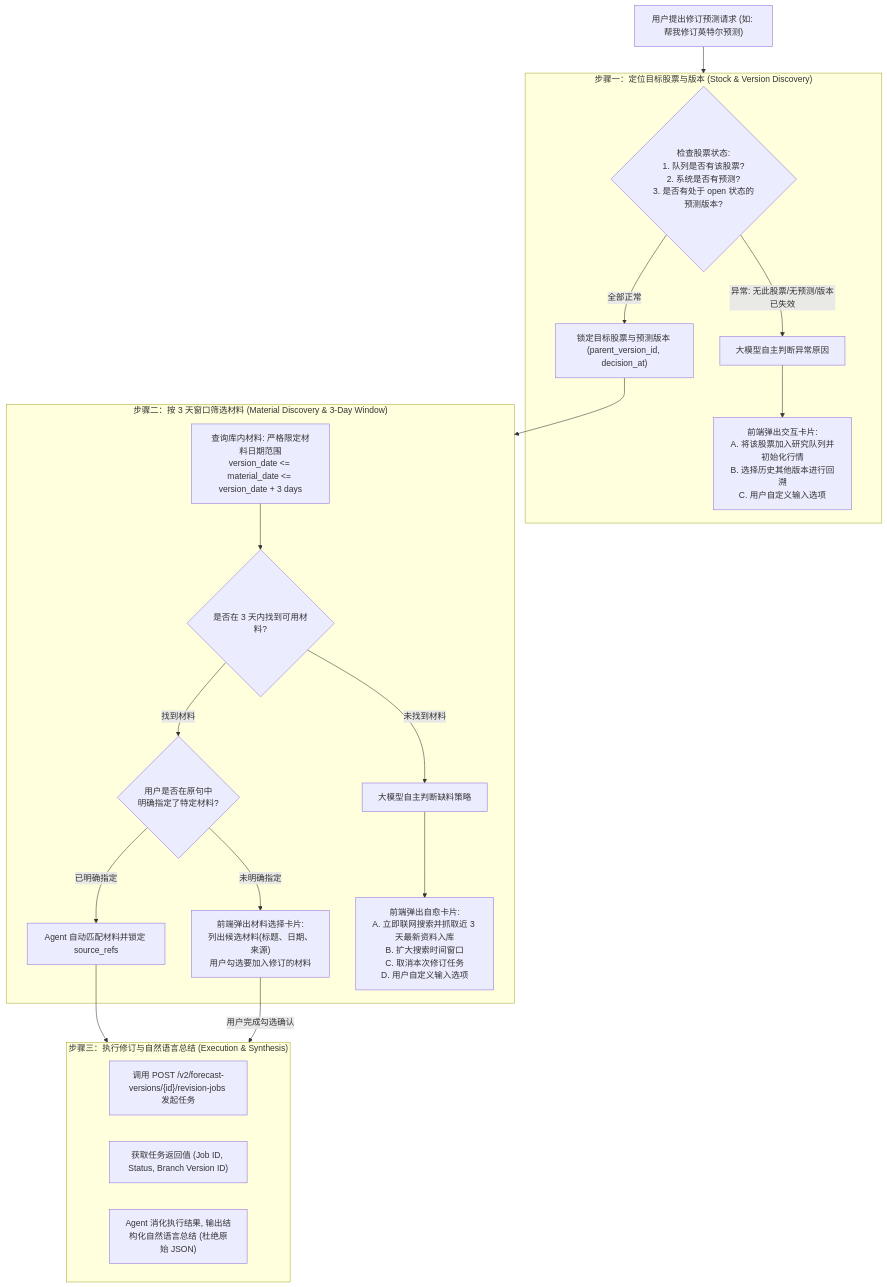
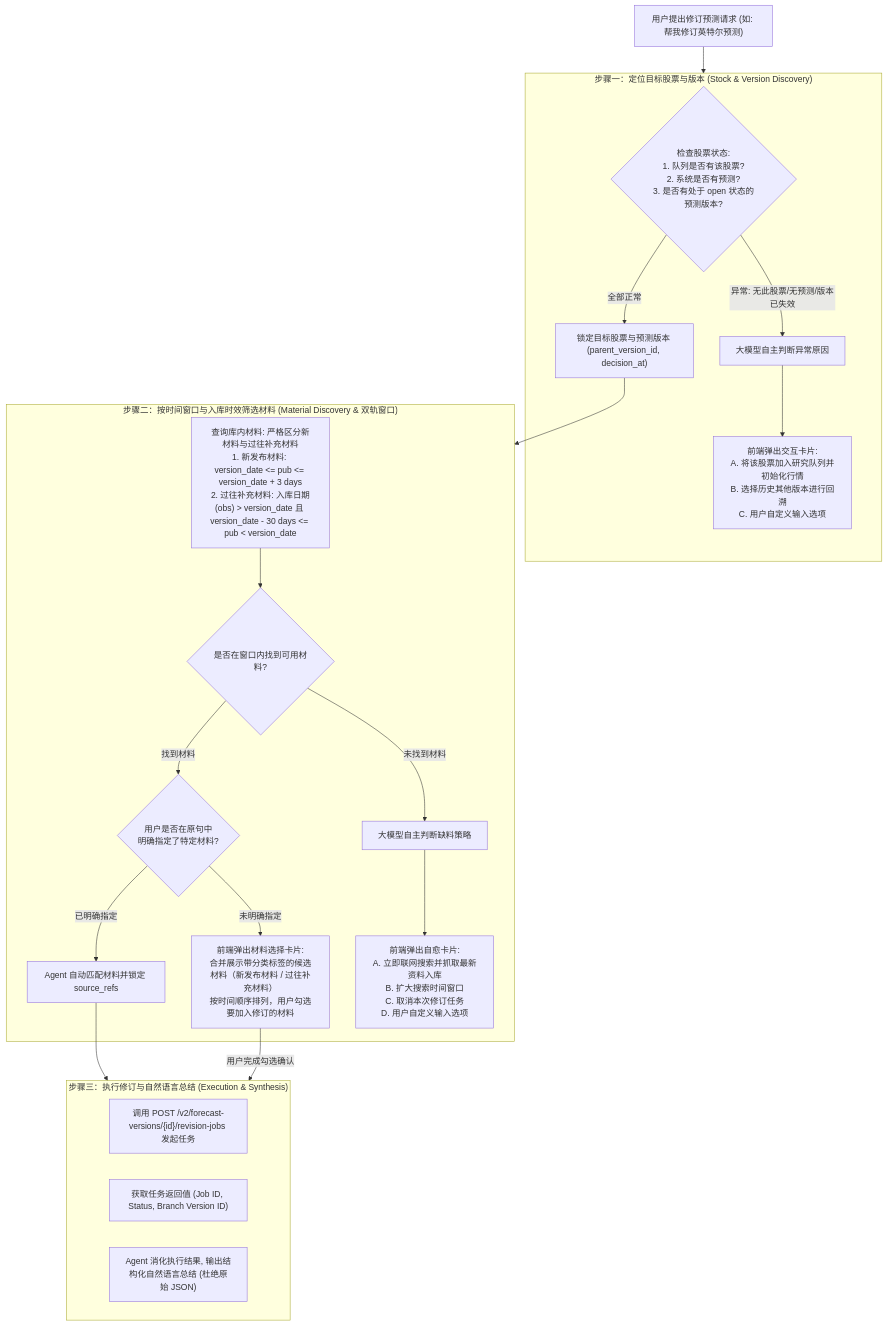
Before and after one commit to wp1461772181-glitch/market-evidence-agent: the third of 3 diagrams in docs/system_hardcoded_interception_audit.md, drawn with Mermaid. The commit also changed other lines of this file and 10 other files, not shown here.

````diff
--- a/docs/system_hardcoded_interception_audit.md
+++ b/docs/system_hardcoded_interception_audit.md
@@ -287,32 +287,32 @@
 ```mermaid
 flowchart TD
     Start["用户提出修订预测请求 (如: 帮我修订英特尔预测)"] --> Step1["步骤一：定位目标股票与版本"]
     
     subgraph Step1["步骤一：定位目标股票与版本 (Stock & Version Discovery)"]
         S1_Check{"检查股票状态:<br>1. 队列是否有该股票?<br>2. 系统是否有预测?<br>3. 是否有处于 open 状态的预测版本?"}
         S1_Check -->|全部正常| S1_Found["锁定目标股票与预测版本 (parent_version_id, decision_at)"]
         S1_Check -->|异常: 无此股票/无预测/版本已失效| S1_Error["大模型自主判断异常原因"]
         S1_Error --> S1_Card["前端弹出交互卡片:<br>A. 将该股票加入研究队列并初始化行情<br>B. 选择历史其他版本进行回溯<br>C. 用户自定义输入选项"]
     end
     
     S1_Found --> Step2["步骤二：按 3 天窗口筛选材料"]
     
-    subgraph Step2["步骤二：按 3 天窗口筛选材料 (Material Discovery & 3-Day Window)"]
-        S2_Search["查询库内材料: 严格限定材料日期范围<br>version_date <= material_date <= version_date + 3 days"]
-        S2_Search --> S2_Cond{"是否在 3 天内找到可用材料?"}
+    subgraph Step2["步骤二：按时间窗口与入库时效筛选材料 (Material Discovery & 双轨窗口)"]
+        S2_Search["查询库内材料: 严格区分新材料与过往补充材料<br>1. 新发布材料: version_date <= pub <= version_date + 3 days<br>2. 过往补充材料: 入库日期(obs) > version_date 且 version_date - 30 days <= pub < version_date"]
+        S2_Search --> S2_Cond{"是否在窗口内找到可用材料?"}
         S2_Cond -->|找到材料| S2_UserSpecified{"用户是否在原句中<br>明确指定了特定材料?"}
         S2_UserSpecified -->|已明确指定| S2_AutoSelect["Agent 自动匹配材料并锁定 source_refs"]
-        S2_UserSpecified -->|未明确指定| S2_Card["前端弹出材料选择卡片:<br>列出候选材料(标题、日期、来源)<br>用户勾选要加入修订的材料"]
+        S2_UserSpecified -->|未明确指定| S2_Card["前端弹出材料选择卡片:<br>合并展示带分类标签的候选材料（新发布材料 / 过往补充材料）<br>按时间顺序排列，用户勾选要加入修订的材料"]
         S2_Cond -->|未找到材料| S2_Empty["大模型自主判断缺料策略"]
-        S2_Empty --> S2_FallbackCard["前端弹出自愈卡片:<br>A. 立即联网搜索并抓取近 3 天最新资料入库<br>B. 扩大搜索时间窗口<br>C. 取消本次修订任务<br>D. 用户自定义输入选项"]
+        S2_Empty --> S2_FallbackCard["前端弹出自愈卡片:<br>A. 立即联网搜索并抓取最新资料入库<br>B. 扩大搜索时间窗口<br>C. 取消本次修订任务<br>D. 用户自定义输入选项"]
     end
     
     S2_AutoSelect --> Step3["步骤三：执行修订与自然语言总结"]
     S2_Card -->|"用户完成勾选确认"| Step3
     
     subgraph Step3["步骤三：执行修订与自然语言总结 (Execution & Synthesis)"]
         S3_Exec["调用 POST /v2/forecast-versions/{id}/revision-jobs 发起任务"]
         S3_Result["获取任务返回值 (Job ID, Status, Branch Version ID)"]
         S3_Summary["Agent 消化执行结果, 输出结构化自然语言总结 (杜绝原始 JSON)"]
     end
 ```
````
